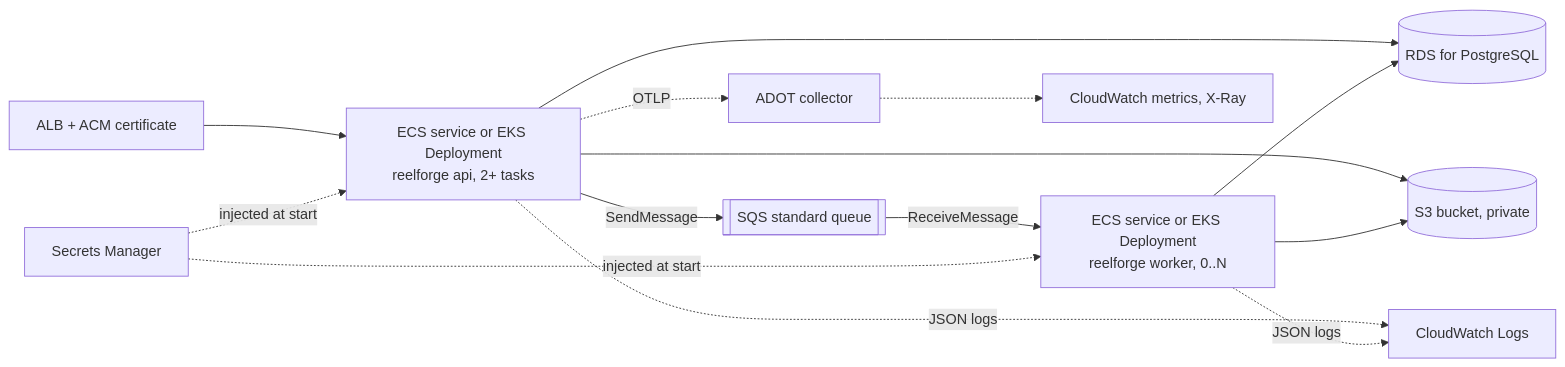
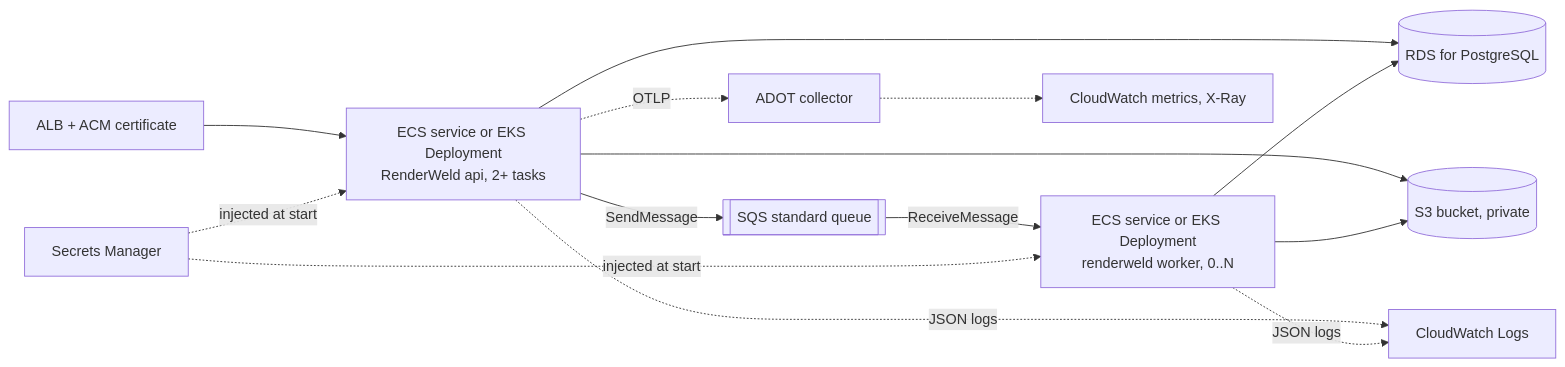
Before and after one commit to buildbase-app/reelforge-studio: the diagram in docs/cloud/aws.md, drawn with Mermaid. The commit also changed other lines of this file and 22 other files, not shown here.

First line of the commit message:
docs(rename): providers, cloud guides and launch drafts say RenderWeld (rename phase 6, part 3) (#471)

````diff
--- a/docs/cloud/aws.md
+++ b/docs/cloud/aws.md
@@ -21,15 +21,15 @@
 ```mermaid
 flowchart LR
-  alb[ALB + ACM certificate] --> api[ECS service or EKS Deployment<br/>reelforge api, 2+ tasks]
+  alb[ALB + ACM certificate] --> api[ECS service or EKS Deployment<br/>RenderWeld api, 2+ tasks]
   api --> rds[(RDS for PostgreSQL)]
-  wrk[ECS service or EKS Deployment<br/>reelforge worker, 0..N] --> rds
+  wrk[ECS service or EKS Deployment<br/>renderweld worker, 0..N] --> rds
   api --> s3[(S3 bucket, private)]
   wrk --> s3
   api -- SendMessage --> sqs[[SQS standard queue]]
   sqs -- ReceiveMessage --> wrk
   sm[Secrets Manager] -. injected at start .-> api
   sm -. injected at start .-> wrk
   api -. JSON logs .-> cw[CloudWatch Logs]
   wrk -. JSON logs .-> cw
   api -. OTLP .-> adot[ADOT collector] -.-> cwm[CloudWatch metrics, X-Ray]
 ```
````
